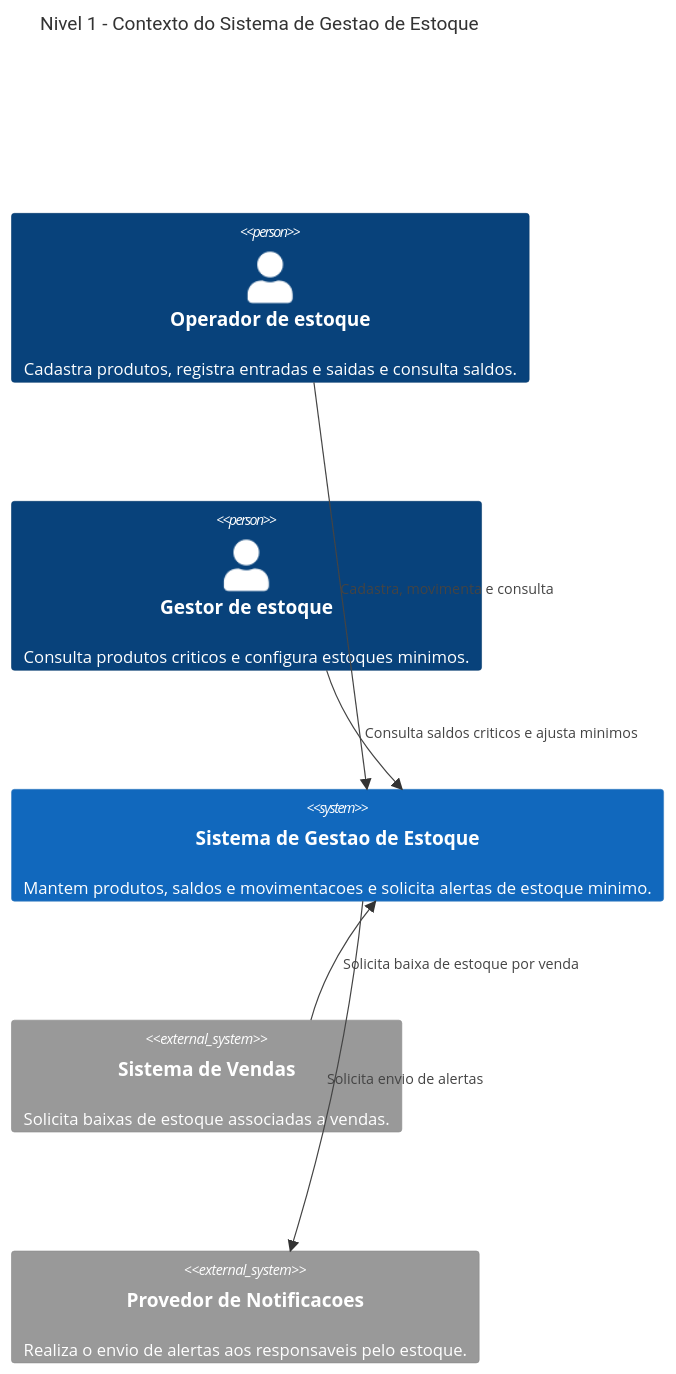
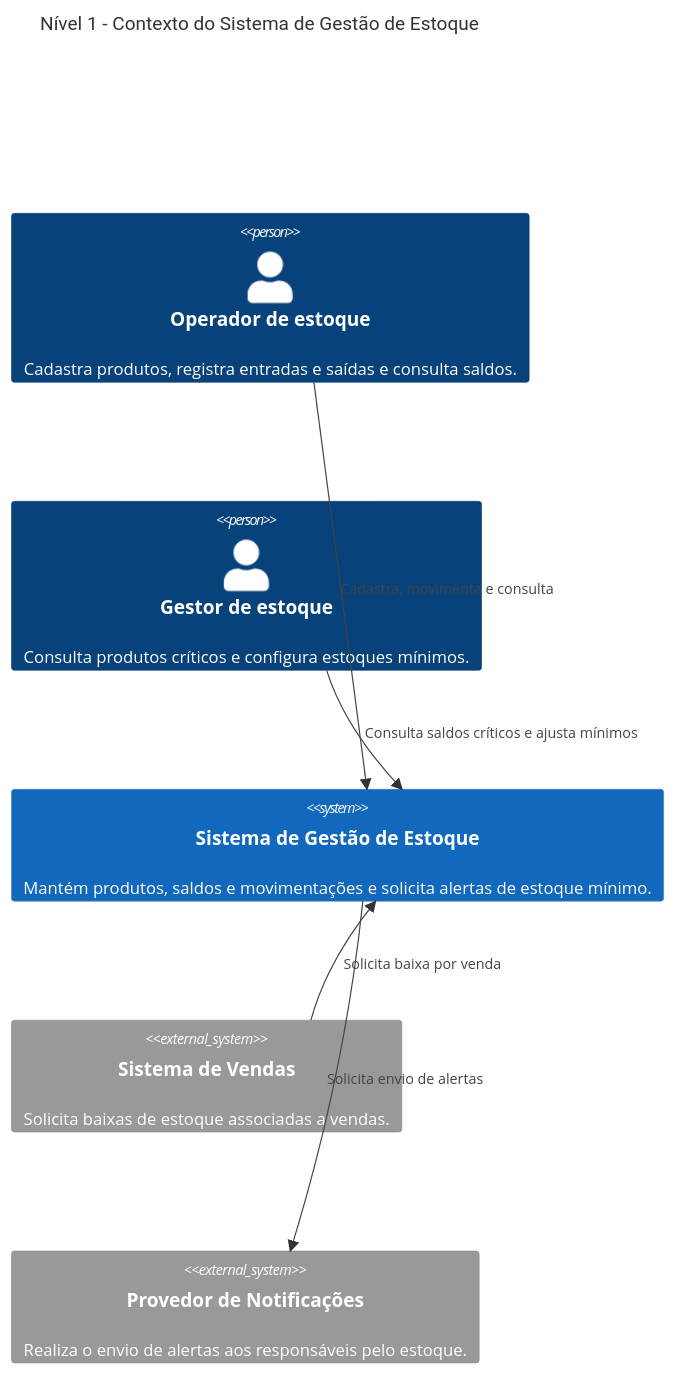
The diagram in docs/01-contexto.md (rodri-oliveira-dev/c4-inventory-architecture-lab), drawn with Mermaid before and after one commit. The commit also changed other lines of this file, not shown here.

Commit message:
docs: preserve canonical Portuguese names in context diagram

````diff
--- a/docs/01-contexto.md
+++ b/docs/01-contexto.md
@@ -11,19 +11,19 @@
 ```mermaid
 C4Context
-    title Nivel 1 - Contexto do Sistema de Gestao de Estoque
+    title Nível 1 - Contexto do Sistema de Gestão de Estoque
 
-    Person(operador, "Operador de estoque", "Cadastra produtos, registra entradas e saidas e consulta saldos.")
-    Person(gestor, "Gestor de estoque", "Consulta produtos criticos e configura estoques minimos.")
+    Person(operador, "Operador de estoque", "Cadastra produtos, registra entradas e saídas e consulta saldos.")
+    Person(gestor, "Gestor de estoque", "Consulta produtos críticos e configura estoques mínimos.")
 
-    System(estoque, "Sistema de Gestao de Estoque", "Mantem produtos, saldos e movimentacoes e solicita alertas de estoque minimo.")
+    System(estoque, "Sistema de Gestão de Estoque", "Mantém produtos, saldos e movimentações e solicita alertas de estoque mínimo.")
 
     System_Ext(vendas, "Sistema de Vendas", "Solicita baixas de estoque associadas a vendas.")
-    System_Ext(notificacoes, "Provedor de Notificacoes", "Realiza o envio de alertas aos responsaveis pelo estoque.")
+    System_Ext(notificacoes, "Provedor de Notificações", "Realiza o envio de alertas aos responsáveis pelo estoque.")
 
     Rel(operador, estoque, "Cadastra, movimenta e consulta")
-    Rel(gestor, estoque, "Consulta saldos criticos e ajusta minimos")
-    Rel(vendas, estoque, "Solicita baixa de estoque por venda")
+    Rel(gestor, estoque, "Consulta saldos críticos e ajusta mínimos")
+    Rel(vendas, estoque, "Solicita baixa por venda")
     Rel(estoque, notificacoes, "Solicita envio de alertas")
 
     UpdateLayoutConfig($c4ShapeInRow="3")
 ```
````
